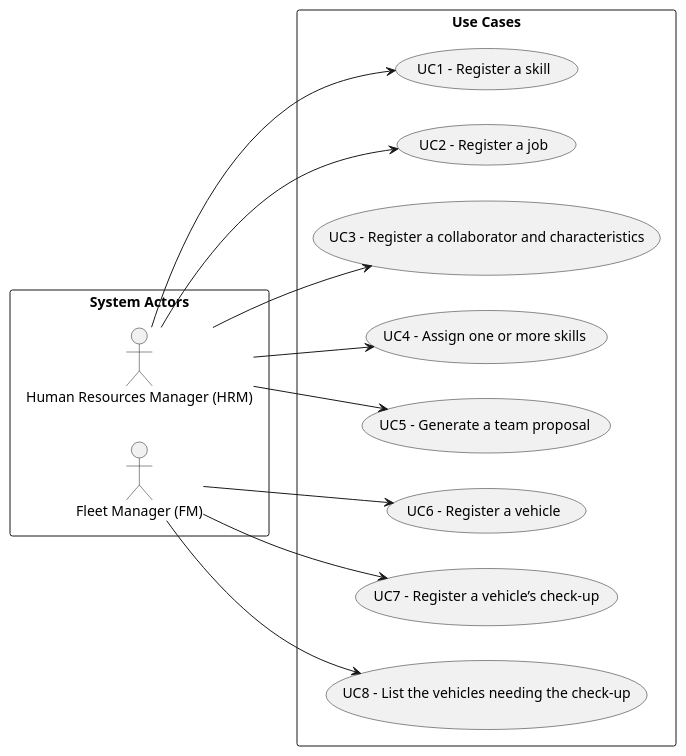
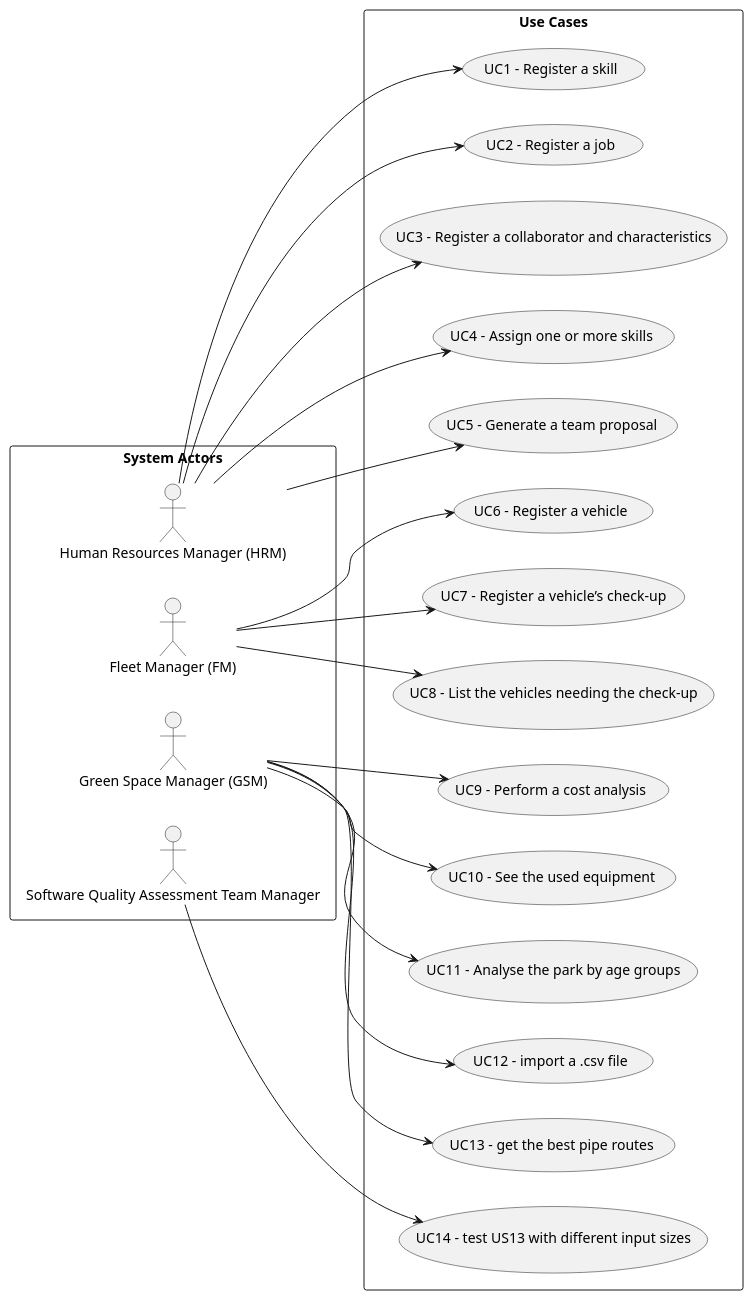
One commit to RicardoMorim/lapr2-ISEP-Project changed the diagram in docs/sprintB/global-artifacts/01.requirements-engineering/puml/use-case-diagram.puml. Above: the diagram before and after it, drawn with PlantUML.

Commit message:
updated use case diagram

```diff
--- a/docs/sprintB/global-artifacts/01.requirements-engineering/puml/use-case-diagram.puml
+++ b/docs/sprintB/global-artifacts/01.requirements-engineering/puml/use-case-diagram.puml
@@ -1,30 +1,43 @@
 @startuml
 'skinparam monochrome true
 skinparam packageStyle rectangle
 'skinparam shadowing false
 'title Use Case Diagram Example
 left to right direction
 rectangle "System Actors" as actors{
     actor "Human Resources Manager (HRM)" as HRM
     actor "Fleet Manager (FM)" as FM
-
+    actor "Green Space Manager (GSM)" as GSM
+    actor "Software Quality Assessment Team Manager" as QAM
 }
 rectangle "Use Cases" as usecases{
     usecase "UC1 - Register a skill" as UC1
     usecase "UC2 - Register a job" as UC2
     usecase "UC3 - Register a collaborator and characteristics" as UC3
     usecase "UC4 - Assign one or more skills" as UC4
     usecase "UC5 - Generate a team proposal" as UC5
     usecase "UC6 - Register a vehicle" as UC6
     usecase "UC7 - Register a vehicle’s check-up" as UC7
     usecase "UC8 - List the vehicles needing the check-up" as UC8
+    usecase "UC9 - Perform a cost analysis" as UC9
+    usecase "UC10 - See the used equipment" as UC10
+    usecase "UC11 - Analyse the park by age groups" as UC11
+    usecase "UC12 - import a .csv file" as UC12
+    usecase "UC13 - get the best pipe routes" as UC13
+    usecase "UC14 - test US13 with different input sizes" as UC14
     HRM --> UC1
     HRM --> UC2
     HRM --> UC3
     HRM --> UC4
     HRM --> UC5
     FM --> UC6
     FM --> UC7
     FM --> UC8
+    GSM --> UC9
+    GSM --> UC10
+    GSM --> UC11
+    GSM --> UC12
+    GSM --> UC13
+    QAM --> UC14
 }
 @enduml
```
